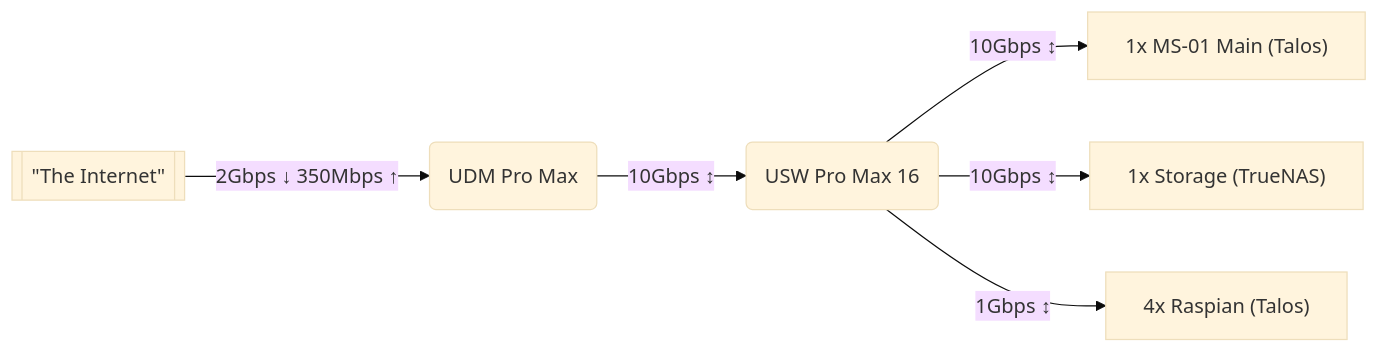
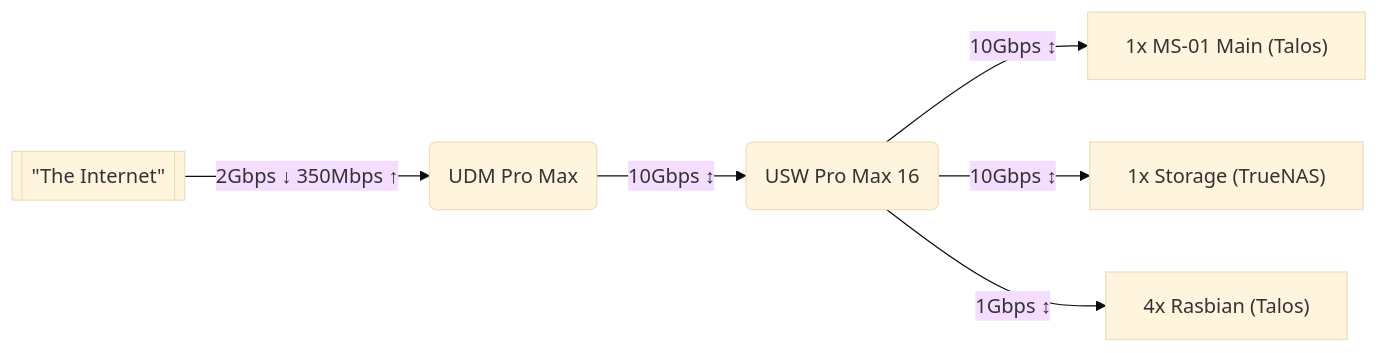
The diagram in README.md (kashalls/home-cluster), drawn with Mermaid (base theme) before and after one commit.

Commit message:
640K ought to be enough for anybody

````diff
--- a/README.md
+++ b/README.md
@@ -74,8 +74,8 @@
 ```mermaid
 flowchart LR
     A[["#quot;The Internet#quot;"]] -- 2Gbps ↓ 350Mbps  ↑ --> B("UDM Pro Max");
     B -- 10Gbps ↕ --> C("USW Pro Max 16")
     C -- 10Gbps ↕ --> D["1x MS-01 Main (Talos)"]
     C -- 10Gbps ↕ --> E["1x Storage (TrueNAS)"]
-    C -- 1Gbps ↕ --> F["4x Raspian (Talos)"]
+    C -- 1Gbps ↕ --> F["4x Rasbian (Talos)"]
 ```
````
